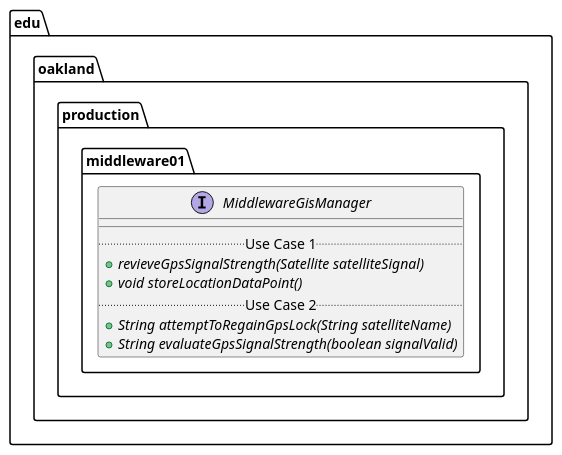
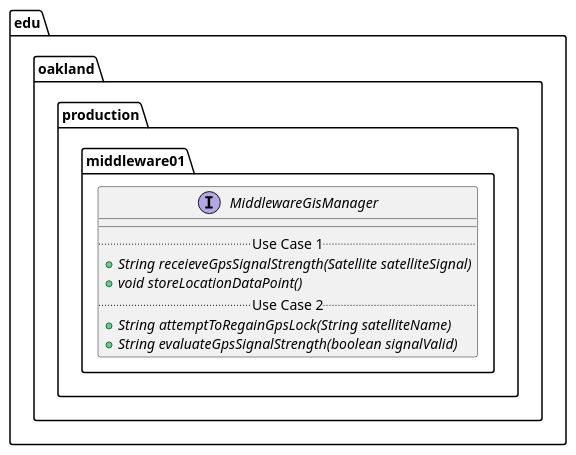
One commit to andrewdimmer/csi-3370-software-project changed the diagram in docs/uml-class-diagrams/middleware01/production/MiddlewareGisManager/MiddlewareGisManager.puml. Above: the diagram before and after it, drawn with PlantUML. The commit also changed 4 other files, not shown here.

Commit message:
[Middleware_01] Added Class/Middleware01 Classes UML Class Diagram

```diff
--- a/docs/uml-class-diagrams/middleware01/production/MiddlewareGisManager/MiddlewareGisManager.puml
+++ b/docs/uml-class-diagrams/middleware01/production/MiddlewareGisManager/MiddlewareGisManager.puml
@@ -1,19 +1,19 @@
 @startuml MiddlewareGisManager
 
 package edu.oakland.production.middleware01 {
     interface MiddlewareGisManager {
         __
         .. Use Case 1 ..
-        {abstract} + revieveGpsSignalStrength(Satellite satelliteSignal)
+        {abstract} + String receieveGpsSignalStrength(Satellite satelliteSignal)
         ' Middleware 2 is running evalutaiton concurrently?
         {abstract} + void storeLocationDataPoint()
         ' Called by Middleware 2 in between the 2 "yes" branches
         .. Use Case 2 ..
         {abstract} + String attemptToRegainGpsLock(String satelliteName)
         {abstract} + String evaluateGpsSignalStrength(boolean signalValid)
         ' Can we print from evaluate? If not, need a way to surface mode
         ' Get mode methods
     }
 }
 
 @enduml
```
